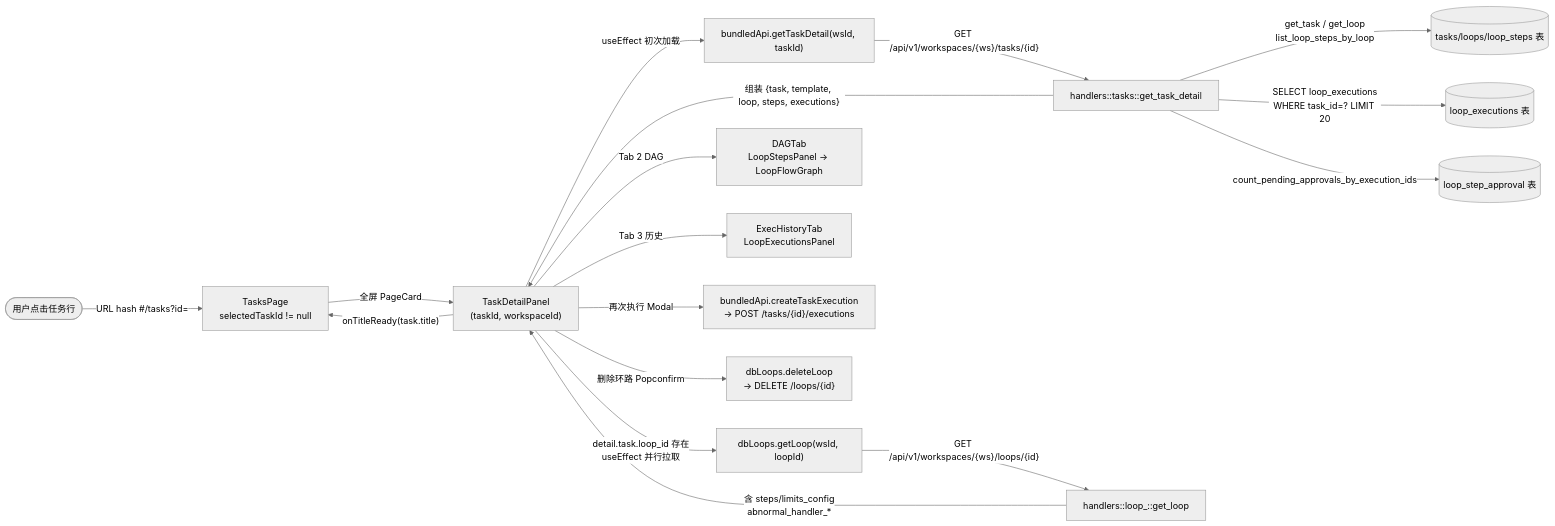
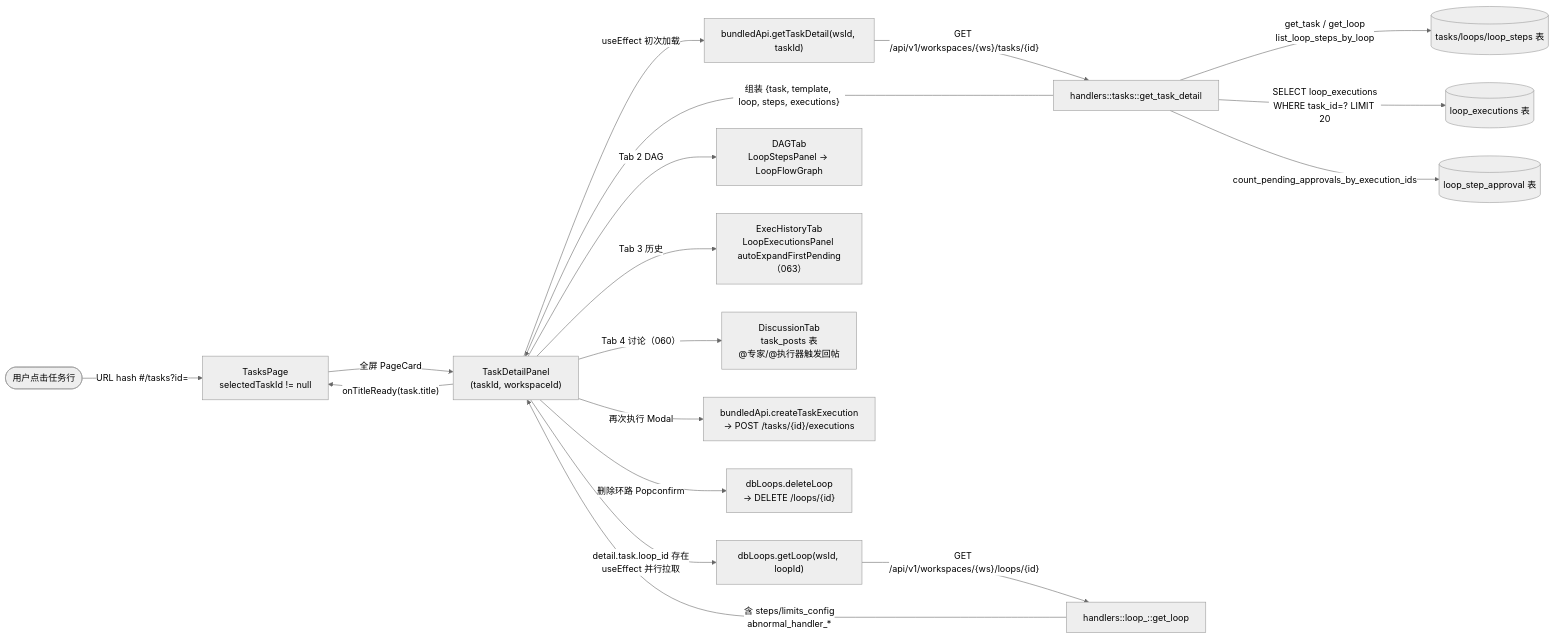
Before and after one commit to weibaohui/ntd: the diagram in frontend/src/help/pages/tasks-detail.md, drawn with Mermaid (neutral theme). The commit also changed other lines of this file and 12 other files, not shown here.

````diff
--- a/frontend/src/help/pages/tasks-detail.md
+++ b/frontend/src/help/pages/tasks-detail.md
@@ -22,19 +23,20 @@
 ```mermaid
 flowchart LR
   U([用户点击任务行]) -->|"URL hash #/tasks?id=<id>"| page["TasksPage<br/>selectedTaskId != null"]
   page -->|"全屏 PageCard"| panel["TaskDetailPanel<br/>(taskId, workspaceId)"]
   panel -->|"useEffect 初次加载"| get_detail["bundledApi.getTaskDetail(wsId, taskId)"]
   get_detail -->|"GET /api/v1/workspaces/{ws}/tasks/{id}"| get_task_detail["handlers::tasks::get_task_detail"]
   get_task_detail -->|"get_task / get_loop<br/>list_loop_steps_by_loop"| db[(tasks/loops/loop_steps 表)]
   get_task_detail -->|"SELECT loop_executions<br/>WHERE task_id=? LIMIT 20"| loop_exec[(loop_executions 表)]
   get_task_detail -->|"count_pending_approvals_by_execution_ids"| approvals[(loop_step_approval 表)]
   get_task_detail -->|"组装 {task, template, loop, steps, executions}"| panel
   panel -->|"detail.task.loop_id 存在<br/>useEffect 并行拉取"| get_loop["dbLoops.getLoop(wsId, loopId)"]
   get_loop -->|"GET /api/v1/workspaces/{ws}/loops/{id}"| loop_detail["handlers::loop_::get_loop"]
   loop_detail -->|"含 steps/limits_config<br/>abnormal_handler_*"| panel
   panel -->|"onTitleReady(task.title)"| page
   panel -->|"Tab 2 DAG"| dag_tab["DAGTab<br/>LoopStepsPanel → LoopFlowGraph"]
-  panel -->|"Tab 3 历史"| exec_tab["ExecHistoryTab<br/>LoopExecutionsPanel"]
+  panel -->|"Tab 3 历史"| exec_tab["ExecHistoryTab<br/>LoopExecutionsPanel autoExpandFirstPending（063）"]
+  panel -->|"Tab 4 讨论（060）"| disc_tab["DiscussionTab<br/>task_posts 表<br/>@专家/@执行器触发回帖"]
   panel -->|"再次执行 Modal"| create_exec["bundledApi.createTaskExecution<br/>→ POST /tasks/{id}/executions"]
   panel -->|"删除环路 Popconfirm"| del_loop["dbLoops.deleteLoop<br/>→ DELETE /loops/{id}"]
 ```
````
